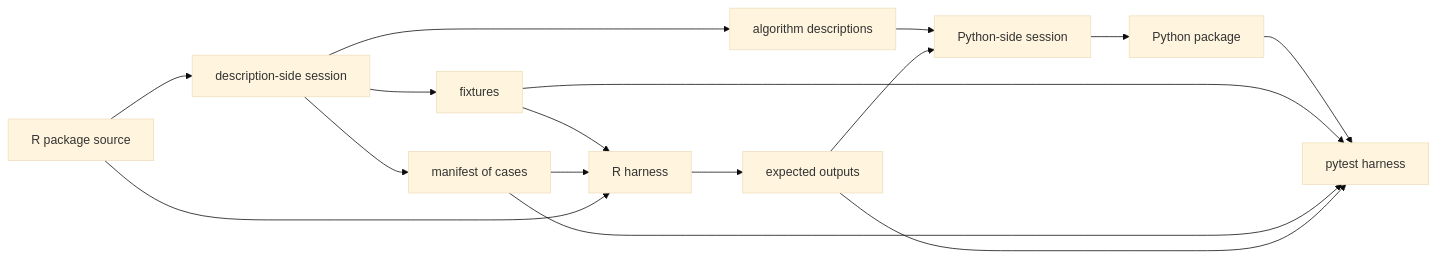
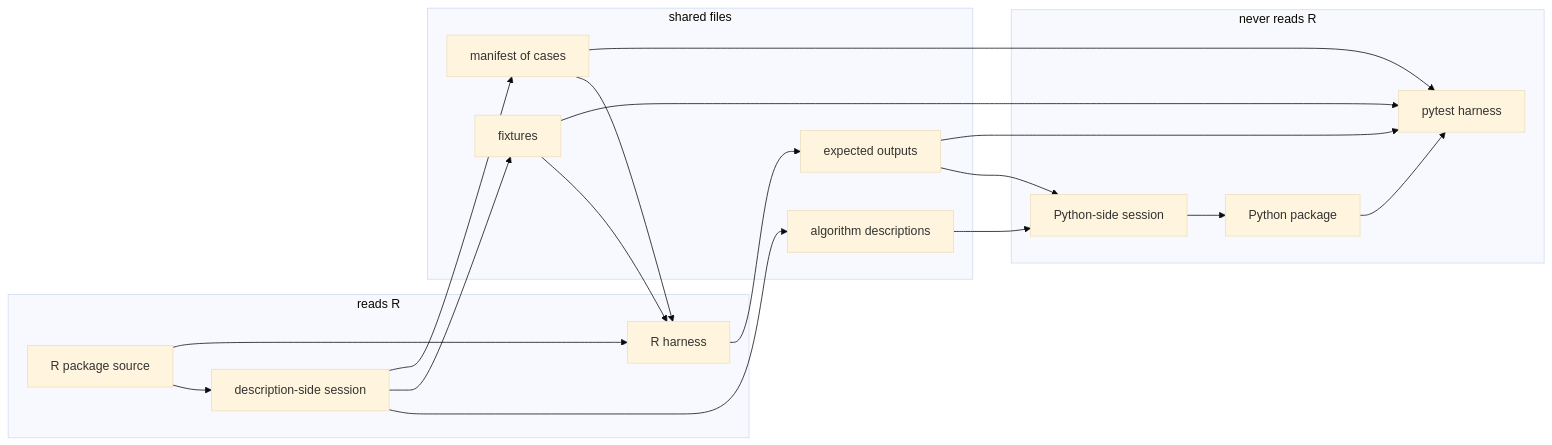
The first of 4 diagrams in dev/FIXTURE_ARCHITECTURE.md (DOI-USGS/hydroloom), drawn with Mermaid (base theme) before and after one commit. The commit also changed other lines of this file, not shown here.

Commit message:
M3-2: FIXTURE_ARCHITECTURE.md fix round (H-01 to H-25, P-01 to P-28)

````diff
--- a/dev/FIXTURE_ARCHITECTURE.md
+++ b/dev/FIXTURE_ARCHITECTURE.md
@@ -17,18 +17,34 @@
 ```mermaid
 flowchart LR
-  Rsrc["R package source"] --> D["description-side session"]
-  D --> A["algorithm descriptions"]
-  D --> F["fixtures"]
-  D --> M["manifest of cases"]
-  F --> RH["R harness"]
+  subgraph rside["reads R"]
+    Rsrc["R package source"]
+    D["description-side session"]
+    RH["R harness"]
+  end
+  subgraph shared["shared files"]
+    A["algorithm descriptions"]
+    F["fixtures"]
+    M["manifest of cases"]
+    E["expected outputs"]
+  end
+  subgraph pyside["never reads R"]
+    P["Python-side session"]
+    PY["Python package"]
+    PH["pytest harness"]
+  end
+  Rsrc --> D
+  D --> A
+  D --> F
+  D --> M
+  Rsrc --> RH
+  F --> RH
   M --> RH
-  Rsrc --> RH
-  RH --> E["expected outputs"]
-  A --> P["Python-side session"]
+  RH --> E
+  A --> P
   E --> P
-  P --> PY["Python package"]
-  PY --> PH["pytest harness"]
+  P --> PY
+  PY --> PH
   F --> PH
   M --> PH
   E --> PH
 ```
````
